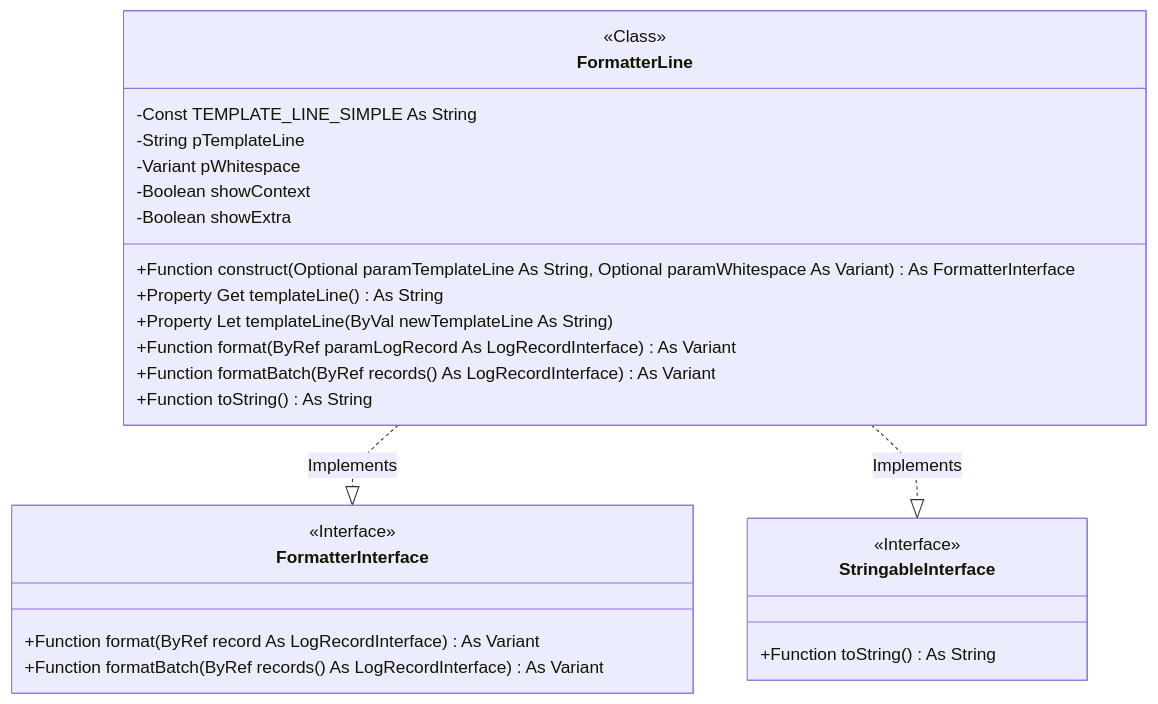
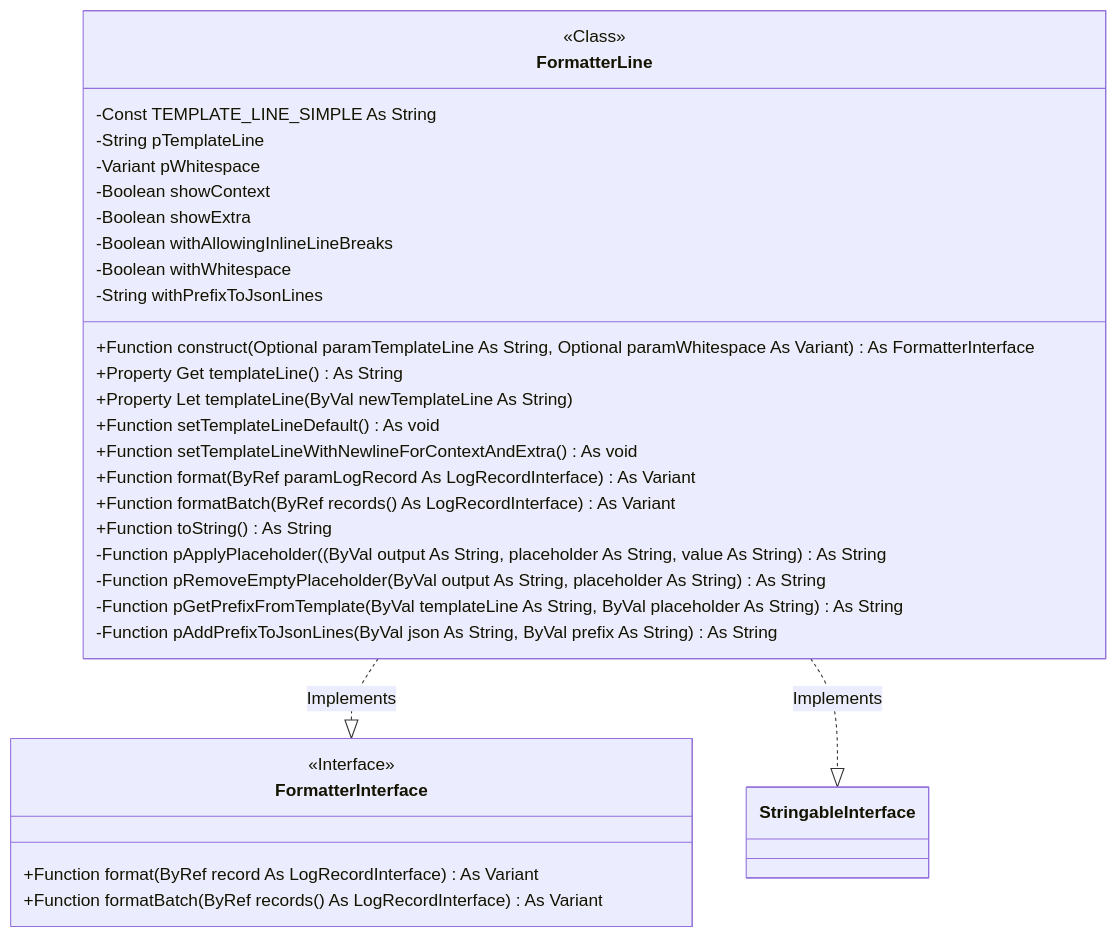
Before and after one commit to 6i-software/vba-monologger: the first of 2 diagrams in docs/src/under-the-hood/formatter.md, drawn with Mermaid. The commit also changed other lines of this file and 20 other files, not shown here.

````diff
--- a/docs/src/under-the-hood/formatter.md
+++ b/docs/src/under-the-hood/formatter.md
@@ -38,34 +38,38 @@
 ``` mermaid
 classDiagram
     direction TB
     
     class FormatterInterface {
         <<Interface>>
         +Function format(ByRef record As LogRecordInterface) As Variant
         +Function formatBatch(ByRef records() As LogRecordInterface) As Variant
     }
     
     class FormatterLine {
         <<Class>>
         +Function construct(Optional paramTemplateLine As String, Optional paramWhitespace As Variant) As FormatterInterface
         +Property Get templateLine() As String
         +Property Let templateLine(ByVal newTemplateLine As String)
+        +Function setTemplateLineDefault() As void
+        +Function setTemplateLineWithNewlineForContextAndExtra() As void
         +Function format(ByRef paramLogRecord As LogRecordInterface) As Variant
         +Function formatBatch(ByRef records() As LogRecordInterface) As Variant
         +Function toString() As String
+        -Function pApplyPlaceholder((ByVal output As String, placeholder As String, value As String) As String
+        -Function pRemoveEmptyPlaceholder(ByVal output As String, placeholder As String) As String
+        -Function pGetPrefixFromTemplate(ByVal templateLine As String, ByVal placeholder As String) As String
+        -Function pAddPrefixToJsonLines(ByVal json As String, ByVal prefix As String) As String
 
         -Const TEMPLATE_LINE_SIMPLE As String
         -String pTemplateLine
         -Variant pWhitespace
         -Boolean showContext
         -Boolean showExtra
+        -Boolean withAllowingInlineLineBreaks
+        -Boolean withWhitespace
+        -String withPrefixToJsonLines
     }
-    
-    class StringableInterface {
-        <<Interface>>
-        +Function toString() As String
-    }
-    
+        
     FormatterLine ..|> FormatterInterface : Implements
     FormatterLine ..|> StringableInterface : Implements
 ```
````
